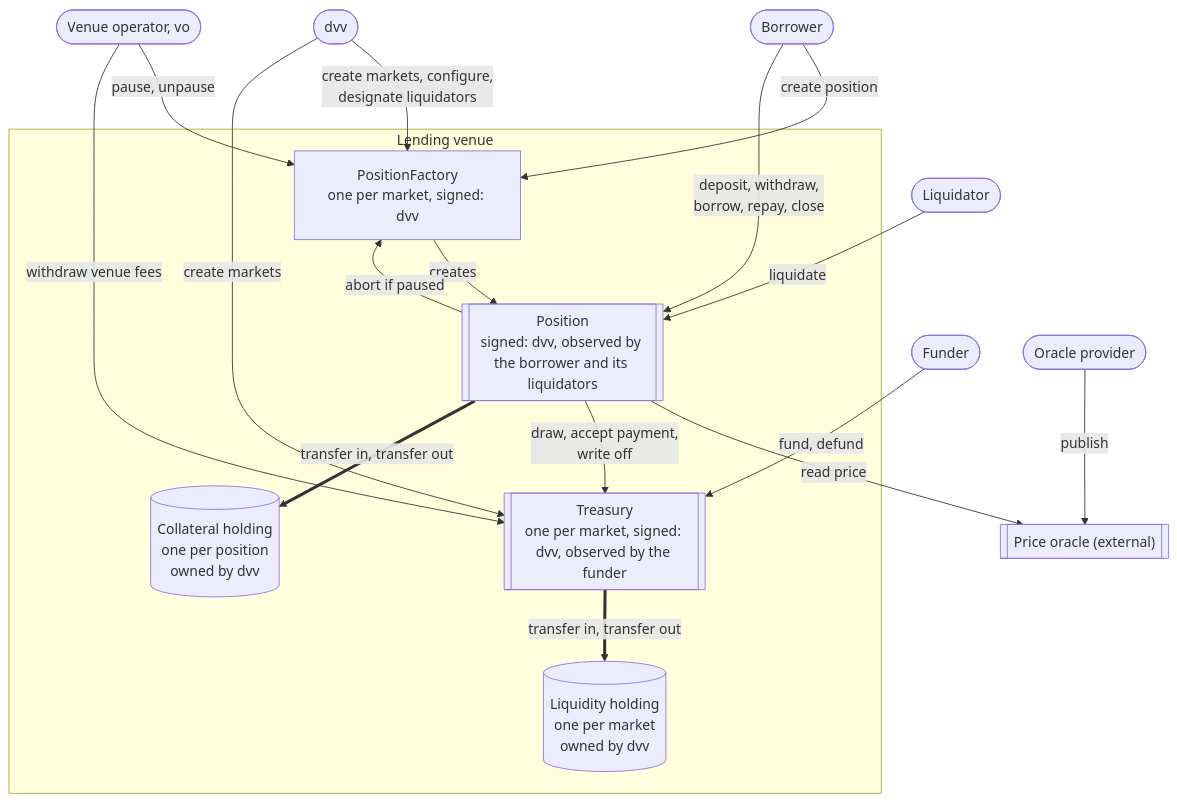
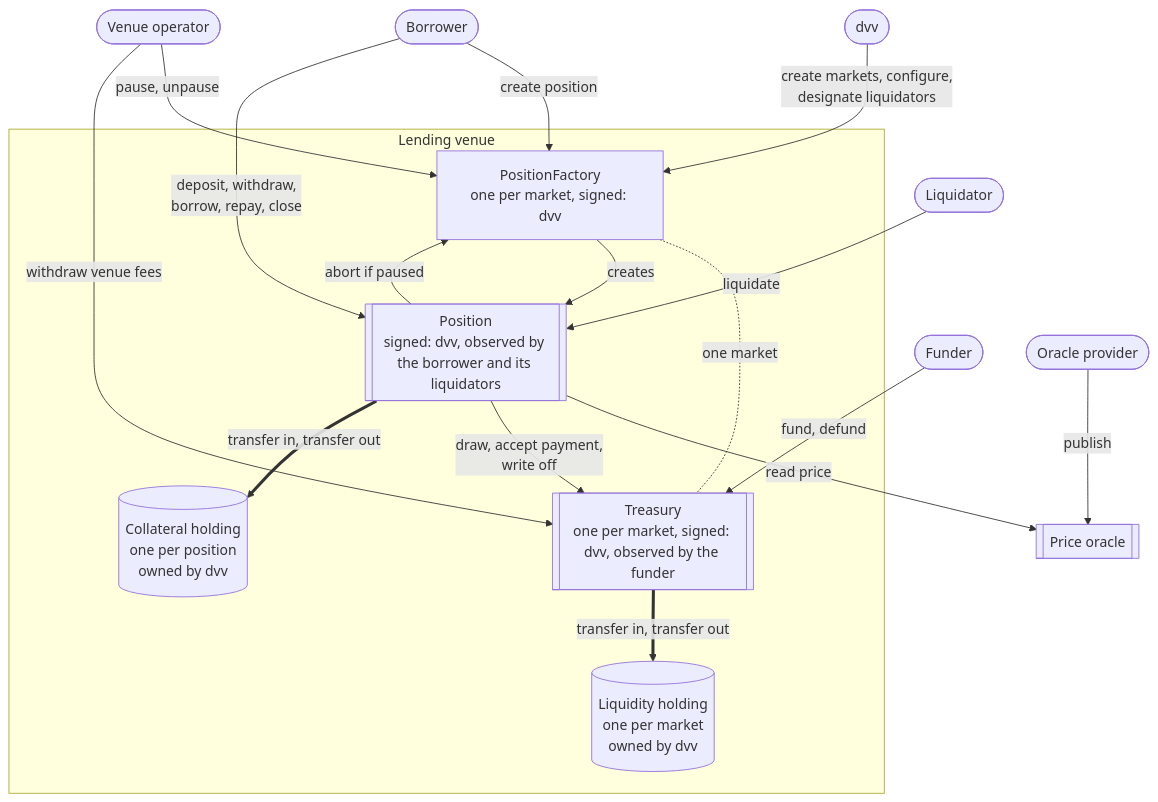
Before and after one commit to OpenZeppelin/canton-specs: the first of 7 diagrams in docs/reference-architectures/lending.md, drawn with Mermaid. The commit also changed other lines of this file, not shown here.

````diff
--- a/docs/reference-architectures/lending.md
+++ b/docs/reference-architectures/lending.md
@@ -94,35 +92,35 @@
 ```mermaid
 flowchart TB
     Consortium([dvv])
-    Operator([Venue operator, vo])
+    Operator([Venue operator])
     Funder([Funder])
     Borrower([Borrower])
     Liquidator([Liquidator])
     Provider([Oracle provider])
 
     subgraph Target["Lending venue"]
         Factory["PositionFactory<br/>one per market, signed: dvv"]
         Position[["Position<br/>signed: dvv, observed by the borrower and its liquidators"]]
         Treasury[["Treasury<br/>one per market, signed: dvv, observed by the funder"]]
         Collateral[("Collateral holding<br/>one per position<br/>owned by dvv")]
         Liquidity[("Liquidity holding<br/>one per market<br/>owned by dvv")]
     end
 
-    Oracle[["Price oracle (external)"]]
+    Oracle[["Price oracle"]]
 
     Consortium -->|"create markets, configure,<br/>designate liquidators"| Factory
-    Consortium -->|"create markets"| Treasury
+    Factory -.-|"one market"| Treasury
     Operator -->|"pause, unpause"| Factory
     Operator -->|"withdraw venue fees"| Treasury
     Funder -->|"fund, defund"| Treasury
     Borrower -->|"create position"| Factory
     Factory -->|"creates"| Position
     Borrower -->|"deposit, withdraw,<br/>borrow, repay, close"| Position
     Liquidator -->|"liquidate"| Position
     Provider -->|"publish"| Oracle
     Position -->|"abort if paused"| Factory
     Position -->|"read price"| Oracle
     Position -->|"draw, accept payment,<br/>write off"| Treasury
     Position ==>|"transfer in, transfer out"| Collateral
     Treasury ==>|"transfer in, transfer out"| Liquidity
 ```
````
